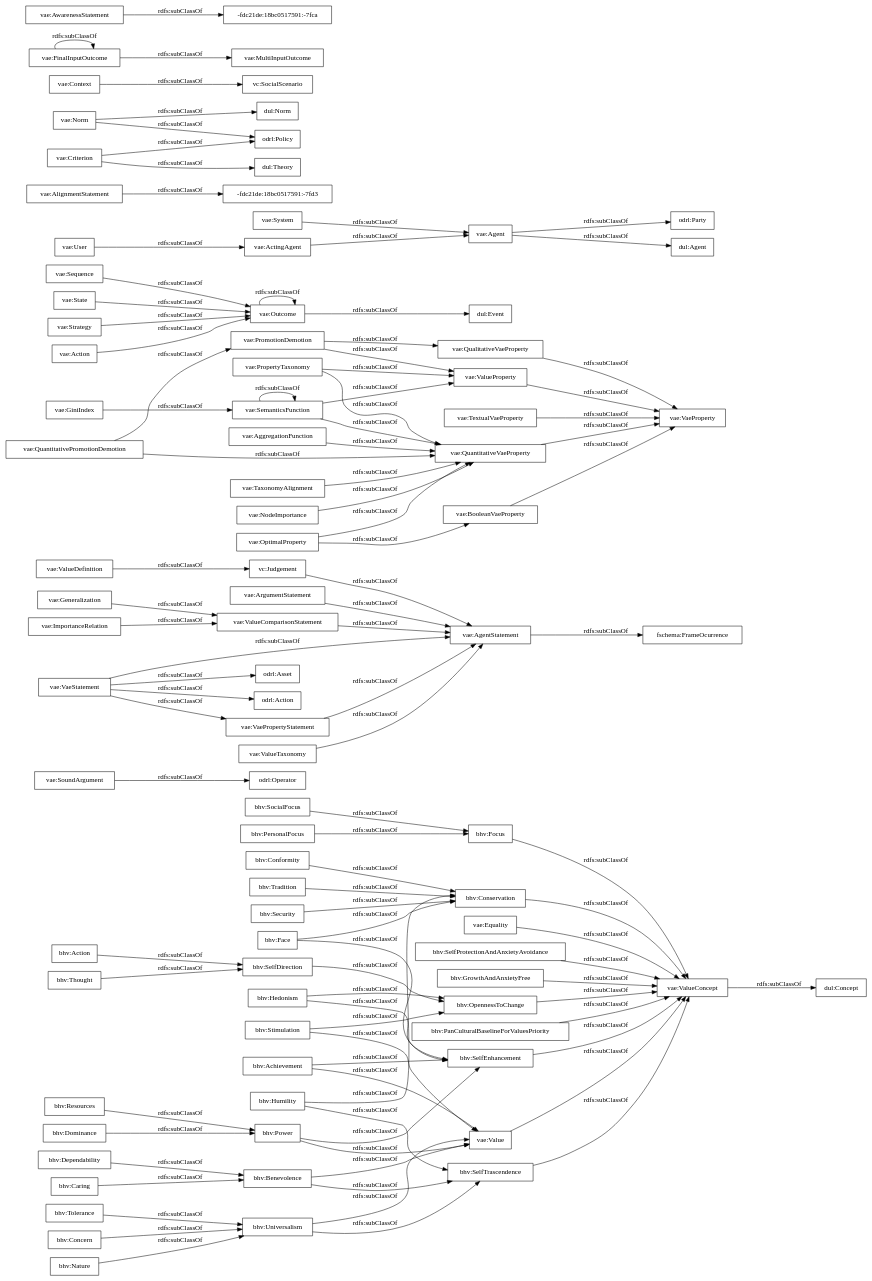
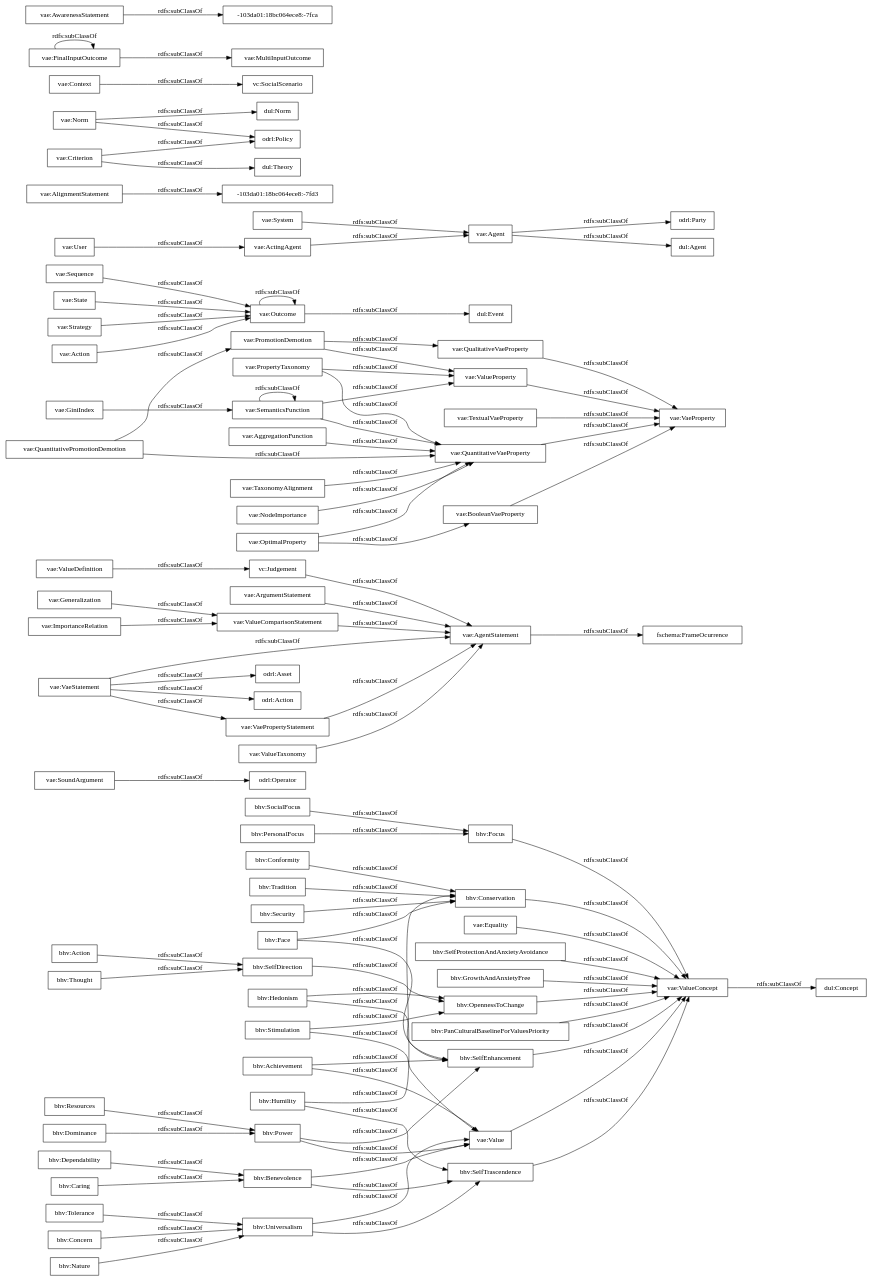
One commit to andresh26-uam/vae-ontology changed the diagram in OnToology/vaeontology-v000.rdf/diagrams/ar2dtool-taxonomy/vaeontology-v000.rdf.png.dot. Above: the diagram before and after it, drawn with Graphviz. The commit also changed 17 other files, not shown here.

```diff
--- a/OnToology/vaeontology-v000.rdf/diagrams/ar2dtool-taxonomy/vaeontology-v000.rdf.png.dot
+++ b/OnToology/vaeontology-v000.rdf/diagrams/ar2dtool-taxonomy/vaeontology-v000.rdf.png.dot
@@ -1,102 +1,102 @@
 digraph ar2dtool_diagram { 
 rankdir=LR;
 size="1000"
-node [shape = rectangle, color="black"]; "bhv:Stimulation" "odrl:Operator" "vae:ValueDefinition" "vae:PropertyTaxonomy" "bhv:Tolerance" "vae:VaeProperty" "vae:QuantitativeVaeProperty" "vae:Sequence" "odrl:Party" "bhv:Tradition" "vae:Equality" "vae:AlignmentStatement" "bhv:SocialFocus" "dul:Norm" "vae:Context" "bhv:Dominance" "vae:MultiInputOutcome" "vae:Generalization" "-fdc21de:18bc0517591:-7fca" "vae:TextualVaeProperty" "vae:AwarenessStatement" "bhv:Security" "dul:Agent" "vae:AggregationFunction" "bhv:SelfDirection" "vc:SocialScenario" "vae:System" "vae:AgentStatement" "vae:Outcome" "vae:Value" "odrl:Policy" "dul:Theory" "bhv:SelfProtectionAndAnxietyAvoidance" "vae:Criterion" "fschema:FrameOcurrence" "vae:FinalInputOutcome" "vae:ArgumentStatement" "vae:ValueProperty" "vae:ValueComparisonStatement" "dul:Concept" "bhv:Hedonism" "vae:VaeStatement" "odrl:Asset" "bhv:Concern" "vae:State" "vae:SoundArgument" "vae:ValueConcept" "bhv:GrowthAndAnxietyFree" "bhv:Thought" "bhv:Humility" "vae:QualitativeVaeProperty" "vae:Strategy" "bhv:Focus" "vae:ActingAgent" "bhv:Power" "bhv:Nature" "bhv:Benevolence" "bhv:Achievement" "-fdc21de:18bc0517591:-7fd3" "vae:BooleanVaeProperty" "odrl:Action" "bhv:PanCulturalBaselineForValuesPriority" "vae:ImportanceRelation" "bhv:SelfTrascendence" "vae:Norm" "vae:OptimalProperty" "vae:TaxonomyAlignment" "bhv:Action" "bhv:Caring" "bhv:Resources" "bhv:Face" "vae:ValueTaxonomy" "vae:QuantitativePromotionDemotion" "vae:GiniIndex" "vae:User" "dul:Event" "bhv:Dependability" "bhv:Conformity" "vae:VaePropertyStatement" "bhv:Conservation" "vae:SemanticsFunction" "vae:Agent" "vae:PromotionDemotion" "vae:Action" "vae:NodeImportance" "bhv:Universalism" "vc:Judgement" "bhv:SelfEnhancement" "bhv:OpennessToChange" "bhv:PersonalFocus" ; /*classes style*/
+node [shape = rectangle, color="black"]; "bhv:Stimulation" "odrl:Operator" "vae:ValueDefinition" "vae:PropertyTaxonomy" "bhv:Tolerance" "vae:VaeProperty" "vae:QuantitativeVaeProperty" "vae:Sequence" "odrl:Party" "bhv:Tradition" "vae:Equality" "vae:AlignmentStatement" "bhv:SocialFocus" "dul:Norm" "vae:Context" "bhv:Dominance" "vae:Generalization" "vae:MultiInputOutcome" "vae:TextualVaeProperty" "vae:AwarenessStatement" "bhv:Security" "dul:Agent" "vae:AggregationFunction" "bhv:SelfDirection" "vc:SocialScenario" "vae:System" "vae:AgentStatement" "vae:Outcome" "vae:Value" "odrl:Policy" "dul:Theory" "bhv:SelfProtectionAndAnxietyAvoidance" "vae:Criterion" "fschema:FrameOcurrence" "vae:FinalInputOutcome" "vae:ArgumentStatement" "vae:ValueProperty" "vae:ValueComparisonStatement" "dul:Concept" "bhv:Hedonism" "vae:VaeStatement" "odrl:Asset" "bhv:Concern" "vae:State" "vae:SoundArgument" "vae:ValueConcept" "bhv:GrowthAndAnxietyFree" "bhv:Thought" "bhv:Humility" "vae:QualitativeVaeProperty" "-103da01:18bc064ece8:-7fca" "vae:Strategy" "bhv:Focus" "vae:ActingAgent" "bhv:Power" "-103da01:18bc064ece8:-7fd3" "bhv:Nature" "bhv:Benevolence" "bhv:Achievement" "vae:BooleanVaeProperty" "odrl:Action" "bhv:PanCulturalBaselineForValuesPriority" "vae:ImportanceRelation" "bhv:SelfTrascendence" "vae:Norm" "vae:OptimalProperty" "vae:TaxonomyAlignment" "bhv:Action" "bhv:Caring" "bhv:Resources" "bhv:Face" "vae:ValueTaxonomy" "vae:QuantitativePromotionDemotion" "vae:GiniIndex" "vae:User" "dul:Event" "bhv:Dependability" "bhv:Conformity" "vae:VaePropertyStatement" "bhv:Conservation" "vae:SemanticsFunction" "vae:Agent" "vae:PromotionDemotion" "vae:Action" "vae:NodeImportance" "bhv:Universalism" "bhv:SelfEnhancement" "vc:Judgement" "bhv:OpennessToChange" "bhv:PersonalFocus" ; /*classes style*/
 	"vae:GiniIndex" -> "vae:SemanticsFunction" [ label = "rdfs:subClassOf" ];
 	"vae:Strategy" -> "vae:Outcome" [ label = "rdfs:subClassOf" ];
 	"bhv:Face" -> "bhv:SelfEnhancement" [ label = "rdfs:subClassOf" ];
 	"bhv:Face" -> "bhv:Conservation" [ label = "rdfs:subClassOf" ];
 	"bhv:Universalism" -> "bhv:SelfTrascendence" [ label = "rdfs:subClassOf" ];
 	"bhv:Universalism" -> "vae:Value" [ label = "rdfs:subClassOf" ];
 	"bhv:Power" -> "bhv:SelfEnhancement" [ label = "rdfs:subClassOf" ];
 	"bhv:Power" -> "vae:Value" [ label = "rdfs:subClassOf" ];
 	"vae:Outcome" -> "vae:Outcome" [ label = "rdfs:subClassOf" ];
 	"vae:Outcome" -> "dul:Event" [ label = "rdfs:subClassOf" ];
 	"vae:ValueComparisonStatement" -> "vae:AgentStatement" [ label = "rdfs:subClassOf" ];
 	"vae:Sequence" -> "vae:Outcome" [ label = "rdfs:subClassOf" ];
 	"vae:Generalization" -> "vae:ValueComparisonStatement" [ label = "rdfs:subClassOf" ];
 	"vae:OptimalProperty" -> "vae:QuantitativeVaeProperty" [ label = "rdfs:subClassOf" ];
 	"vae:OptimalProperty" -> "vae:BooleanVaeProperty" [ label = "rdfs:subClassOf" ];
 	"vae:SemanticsFunction" -> "vae:ValueProperty" [ label = "rdfs:subClassOf" ];
 	"vae:SemanticsFunction" -> "vae:SemanticsFunction" [ label = "rdfs:subClassOf" ];
 	"vae:SemanticsFunction" -> "vae:QuantitativeVaeProperty" [ label = "rdfs:subClassOf" ];
 	"bhv:OpennessToChange" -> "vae:ValueConcept" [ label = "rdfs:subClassOf" ];
 	"vae:AgentStatement" -> "fschema:FrameOcurrence" [ label = "rdfs:subClassOf" ];
 	"vae:BooleanVaeProperty" -> "vae:VaeProperty" [ label = "rdfs:subClassOf" ];
 	"vae:Norm" -> "odrl:Policy" [ label = "rdfs:subClassOf" ];
 	"vae:Norm" -> "dul:Norm" [ label = "rdfs:subClassOf" ];
 	"bhv:Tolerance" -> "bhv:Universalism" [ label = "rdfs:subClassOf" ];
 	"bhv:Tradition" -> "bhv:Conservation" [ label = "rdfs:subClassOf" ];
 	"vae:ValueTaxonomy" -> "vae:AgentStatement" [ label = "rdfs:subClassOf" ];
 	"bhv:Nature" -> "bhv:Universalism" [ label = "rdfs:subClassOf" ];
 	"bhv:SelfTrascendence" -> "vae:ValueConcept" [ label = "rdfs:subClassOf" ];
 	"vae:VaeStatement" -> "vae:VaePropertyStatement" [ label = "rdfs:subClassOf" ];
 	"vae:VaeStatement" -> "vae:AgentStatement" [ label = "rdfs:subClassOf" ];
 	"vae:VaeStatement" -> "odrl:Asset" [ label = "rdfs:subClassOf" ];
 	"vae:VaeStatement" -> "odrl:Action" [ label = "rdfs:subClassOf" ];
 	"bhv:Resources" -> "bhv:Power" [ label = "rdfs:subClassOf" ];
 	"bhv:SocialFocus" -> "bhv:Focus" [ label = "rdfs:subClassOf" ];
 	"vae:Context" -> "vc:SocialScenario" [ label = "rdfs:subClassOf" ];
 	"bhv:Focus" -> "vae:ValueConcept" [ label = "rdfs:subClassOf" ];
 	"vae:Equality" -> "vae:ValueConcept" [ label = "rdfs:subClassOf" ];
 	"bhv:SelfEnhancement" -> "vae:ValueConcept" [ label = "rdfs:subClassOf" ];
 	"bhv:Benevolence" -> "bhv:SelfTrascendence" [ label = "rdfs:subClassOf" ];
 	"bhv:Benevolence" -> "vae:Value" [ label = "rdfs:subClassOf" ];
 	"bhv:Caring" -> "bhv:Benevolence" [ label = "rdfs:subClassOf" ];
 	"bhv:Concern" -> "bhv:Universalism" [ label = "rdfs:subClassOf" ];
 	"vae:Criterion" -> "odrl:Policy" [ label = "rdfs:subClassOf" ];
 	"vae:Criterion" -> "dul:Theory" [ label = "rdfs:subClassOf" ];
 	"vae:PromotionDemotion" -> "vae:ValueProperty" [ label = "rdfs:subClassOf" ];
 	"vae:PromotionDemotion" -> "vae:QualitativeVaeProperty" [ label = "rdfs:subClassOf" ];
 	"bhv:Achievement" -> "bhv:SelfEnhancement" [ label = "rdfs:subClassOf" ];
 	"bhv:Achievement" -> "vae:Value" [ label = "rdfs:subClassOf" ];
 	"bhv:GrowthAndAnxietyFree" -> "vae:ValueConcept" [ label = "rdfs:subClassOf" ];
 	"vae:System" -> "vae:Agent" [ label = "rdfs:subClassOf" ];
 	"vae:ArgumentStatement" -> "vae:AgentStatement" [ label = "rdfs:subClassOf" ];
 	"vae:ValueProperty" -> "vae:VaeProperty" [ label = "rdfs:subClassOf" ];
 	"bhv:Action" -> "bhv:SelfDirection" [ label = "rdfs:subClassOf" ];
 	"vae:NodeImportance" -> "vae:QuantitativeVaeProperty" [ label = "rdfs:subClassOf" ];
 	"vae:PropertyTaxonomy" -> "vae:ValueProperty" [ label = "rdfs:subClassOf" ];
 	"vae:PropertyTaxonomy" -> "vae:QuantitativeVaeProperty" [ label = "rdfs:subClassOf" ];
 	"vae:State" -> "vae:Outcome" [ label = "rdfs:subClassOf" ];
 	"bhv:Conservation" -> "vae:ValueConcept" [ label = "rdfs:subClassOf" ];
 	"vae:VaePropertyStatement" -> "vae:AgentStatement" [ label = "rdfs:subClassOf" ];
 	"vae:User" -> "vae:ActingAgent" [ label = "rdfs:subClassOf" ];
 	"vae:SoundArgument" -> "odrl:Operator" [ label = "rdfs:subClassOf" ];
 	"bhv:Security" -> "bhv:Conservation" [ label = "rdfs:subClassOf" ];
 	"bhv:Conformity" -> "bhv:Conservation" [ label = "rdfs:subClassOf" ];
 	"vc:Judgement" -> "vae:AgentStatement" [ label = "rdfs:subClassOf" ];
 	"bhv:Thought" -> "bhv:SelfDirection" [ label = "rdfs:subClassOf" ];
 	"vae:FinalInputOutcome" -> "vae:MultiInputOutcome" [ label = "rdfs:subClassOf" ];
 	"vae:FinalInputOutcome" -> "vae:FinalInputOutcome" [ label = "rdfs:subClassOf" ];
 	"bhv:SelfProtectionAndAnxietyAvoidance" -> "vae:ValueConcept" [ label = "rdfs:subClassOf" ];
 	"vae:ValueDefinition" -> "vc:Judgement" [ label = "rdfs:subClassOf" ];
 	"vae:TaxonomyAlignment" -> "vae:QuantitativeVaeProperty" [ label = "rdfs:subClassOf" ];
 	"bhv:Stimulation" -> "bhv:OpennessToChange" [ label = "rdfs:subClassOf" ];
 	"bhv:Stimulation" -> "vae:Value" [ label = "rdfs:subClassOf" ];
 	"vae:TextualVaeProperty" -> "vae:VaeProperty" [ label = "rdfs:subClassOf" ];
 	"vae:Action" -> "vae:Outcome" [ label = "rdfs:subClassOf" ];
 	"vae:AggregationFunction" -> "vae:QuantitativeVaeProperty" [ label = "rdfs:subClassOf" ];
-	"vae:AwarenessStatement" -> "-fdc21de:18bc0517591:-7fca" [ label = "rdfs:subClassOf" ];
+	"vae:AwarenessStatement" -> "-103da01:18bc064ece8:-7fca" [ label = "rdfs:subClassOf" ];
 	"bhv:Dominance" -> "bhv:Power" [ label = "rdfs:subClassOf" ];
 	"vae:QualitativeVaeProperty" -> "vae:VaeProperty" [ label = "rdfs:subClassOf" ];
 	"vae:Agent" -> "odrl:Party" [ label = "rdfs:subClassOf" ];
 	"vae:Agent" -> "dul:Agent" [ label = "rdfs:subClassOf" ];
 	"bhv:PanCulturalBaselineForValuesPriority" -> "vae:ValueConcept" [ label = "rdfs:subClassOf" ];
 	"vae:Value" -> "vae:ValueConcept" [ label = "rdfs:subClassOf" ];
 	"vae:QuantitativeVaeProperty" -> "vae:VaeProperty" [ label = "rdfs:subClassOf" ];
 	"vae:QuantitativePromotionDemotion" -> "vae:QuantitativeVaeProperty" [ label = "rdfs:subClassOf" ];
 	"vae:QuantitativePromotionDemotion" -> "vae:PromotionDemotion" [ label = "rdfs:subClassOf" ];
 	"bhv:Dependability" -> "bhv:Benevolence" [ label = "rdfs:subClassOf" ];
 	"vae:ImportanceRelation" -> "vae:ValueComparisonStatement" [ label = "rdfs:subClassOf" ];
 	"vae:ValueConcept" -> "dul:Concept" [ label = "rdfs:subClassOf" ];
 	"bhv:Hedonism" -> "bhv:SelfEnhancement" [ label = "rdfs:subClassOf" ];
 	"bhv:Hedonism" -> "bhv:OpennessToChange" [ label = "rdfs:subClassOf" ];
 	"bhv:PersonalFocus" -> "bhv:Focus" [ label = "rdfs:subClassOf" ];
 	"bhv:SelfDirection" -> "bhv:OpennessToChange" [ label = "rdfs:subClassOf" ];
-	"vae:AlignmentStatement" -> "-fdc21de:18bc0517591:-7fd3" [ label = "rdfs:subClassOf" ];
+	"vae:AlignmentStatement" -> "-103da01:18bc064ece8:-7fd3" [ label = "rdfs:subClassOf" ];
 	"vae:ActingAgent" -> "vae:Agent" [ label = "rdfs:subClassOf" ];
 	"bhv:Humility" -> "bhv:SelfTrascendence" [ label = "rdfs:subClassOf" ];
 	"bhv:Humility" -> "bhv:Conservation" [ label = "rdfs:subClassOf" ];
 
 }
```
